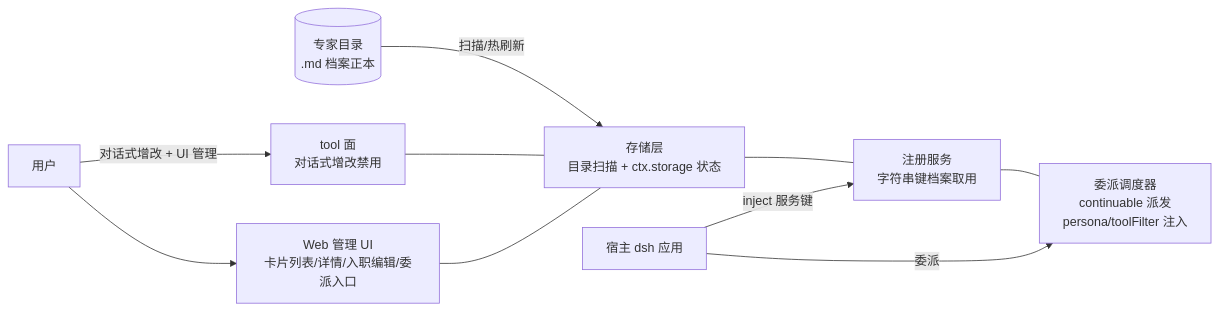
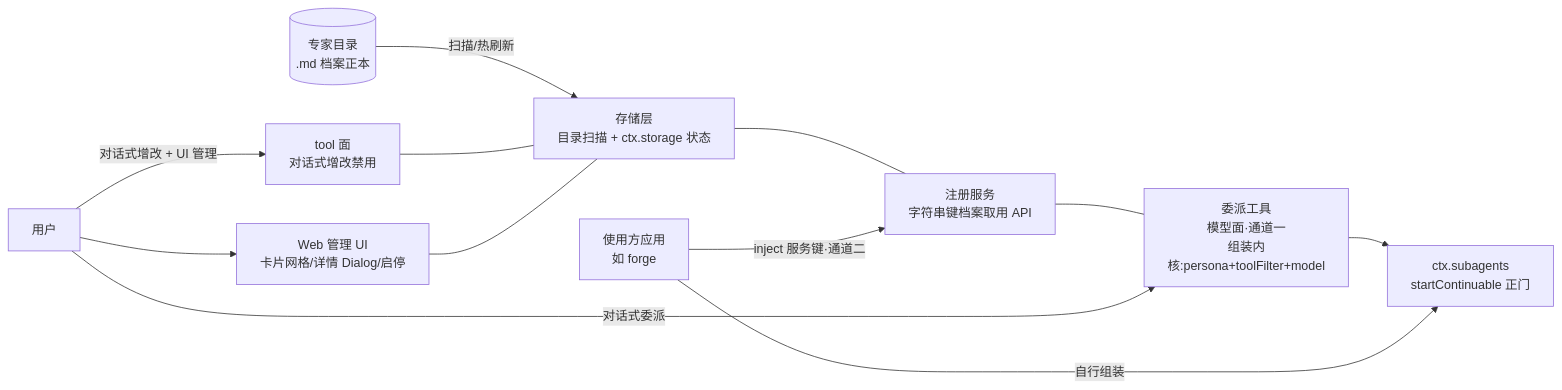
One commit to bigfaner/dsh-forge changed the diagram in .forge/docs/proposals/expert-squad/proposal.md. Above: the diagram before and after it, drawn with Mermaid. The commit also changed other lines of this file and 10 other files, not shown here.

````diff
--- a/.forge/docs/proposals/expert-squad/proposal.md
+++ b/.forge/docs/proposals/expert-squad/proposal.md
@@ -33,12 +33,14 @@
 ```mermaid
 flowchart LR
     D[(专家目录<br/>.md 档案正本)] -->|扫描/热刷新| S[存储层<br/>目录扫描 + ctx.storage 状态]
-    S --- R[注册服务<br/>字符串键档案取用]
-    R --- DP[委派调度器<br/>continuable 派发<br/>persona/toolFilter 注入]
+    S --- R[注册服务<br/>字符串键档案取用 API]
+    R --- DP[委派工具<br/>模型面·通道一<br/>组装内核:persona+toolFilter+model]
     T[tool 面<br/>对话式增改禁用] --- S
-    W[Web 管理 UI<br/>卡片列表/详情/入职编辑/委派入口] --- S
+    W[Web 管理 UI<br/>卡片网格/详情 Dialog/启停] --- S
     U[用户] -->|对话式增改 + UI 管理| T
+    U -->|对话式委派| DP
     U --> W
-    APP[宿主 dsh 应用] -->|inject 服务键| R
-    APP -->|委派| DP
+    DP --> SUB[ctx.subagents<br/>startContinuable 正门]
+    APP[使用方应用<br/>如 forge] -->|inject 服务键·通道二| R
+    APP -->|自行组装| SUB
 ```
````
